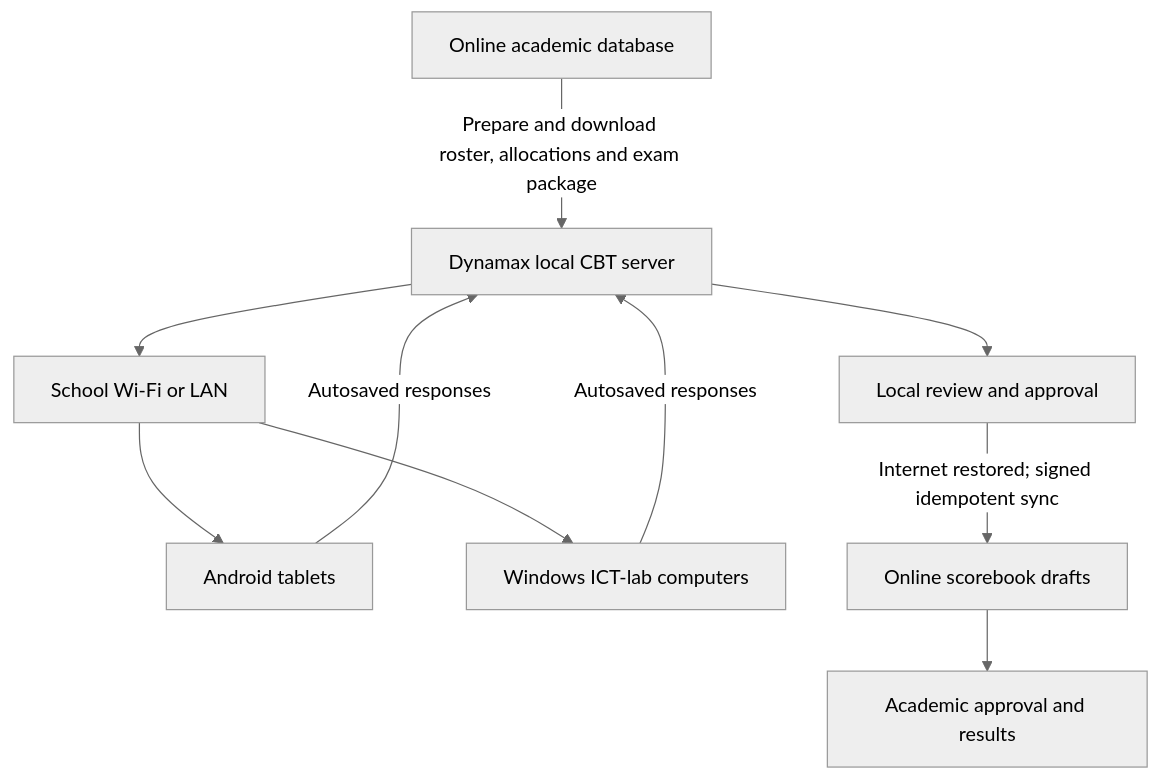
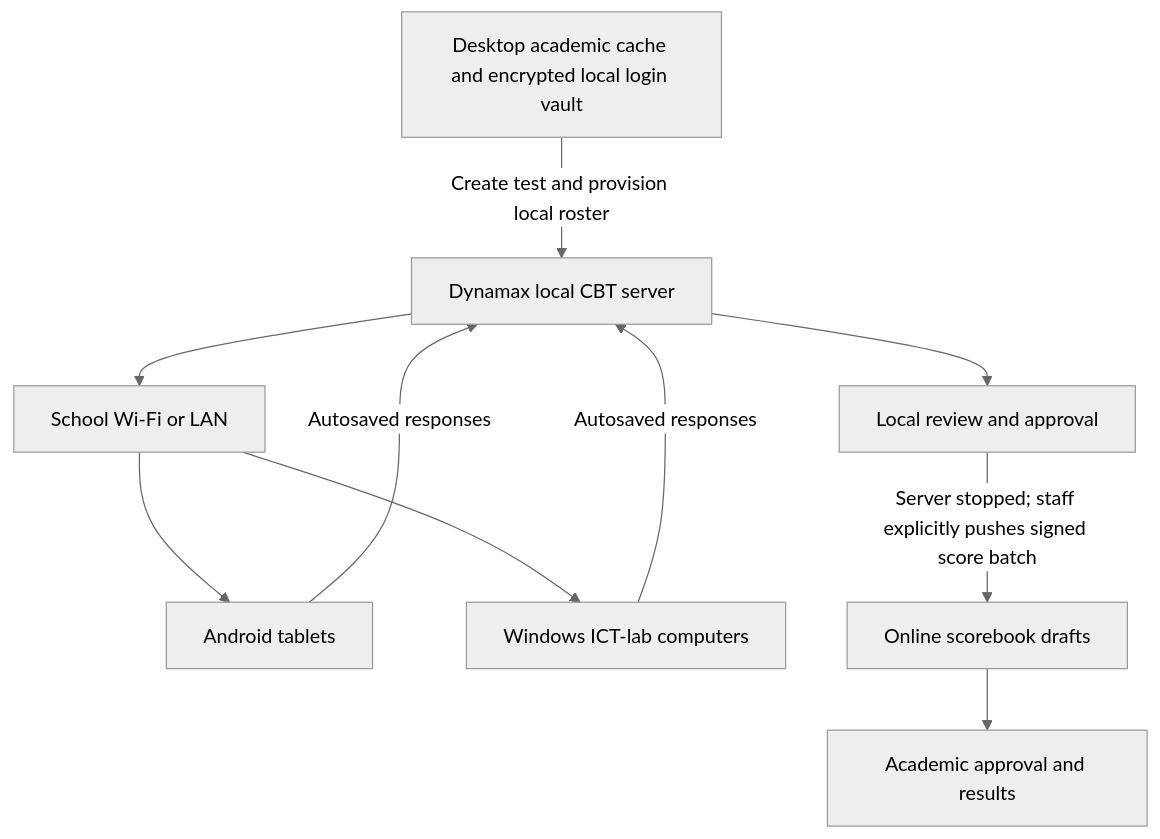
One commit to Jozcefhs/portal changed the diagram in docs/academic-management-phase.md. Above: the diagram before and after it, drawn with Mermaid (neutral theme). The commit also changed other lines of this file and 38 other files, not shown here.

````diff
--- a/docs/academic-management-phase.md
+++ b/docs/academic-management-phase.md
@@ -538,12 +540,12 @@
 ```mermaid
 flowchart TD
-    A["Online academic database"] -->|"Prepare and download roster, allocations and exam package"| B["Dynamax local CBT server"]
+    A["Desktop academic cache and encrypted local login vault"] -->|"Create test and provision local roster"| B["Dynamax local CBT server"]
     B --> C["School Wi-Fi or LAN"]
     C --> D["Android tablets"]
     C --> E["Windows ICT-lab computers"]
     D -->|"Autosaved responses"| B
     E -->|"Autosaved responses"| B
     B --> F["Local review and approval"]
-    F -->|"Internet restored; signed idempotent sync"| G["Online scorebook drafts"]
+    F -->|"Server stopped; staff explicitly pushes signed score batch"| G["Online scorebook drafts"]
     G --> H["Academic approval and results"]
 ```
````
